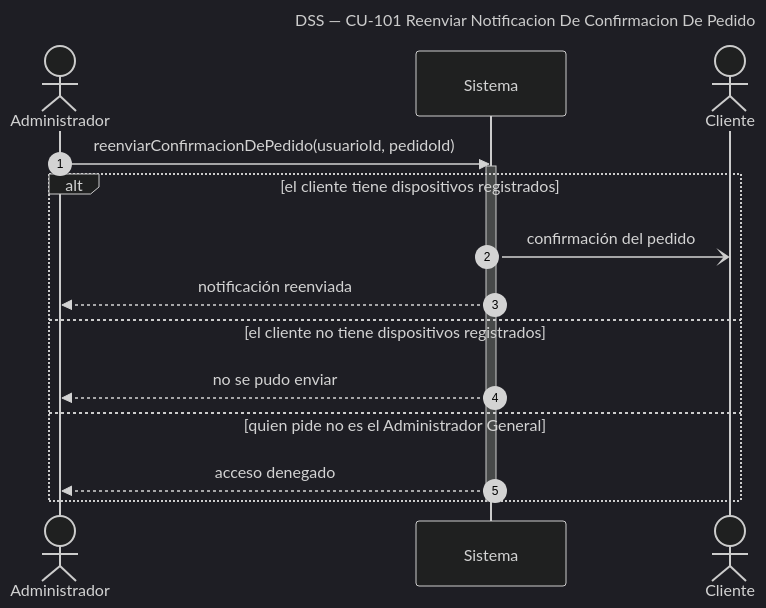
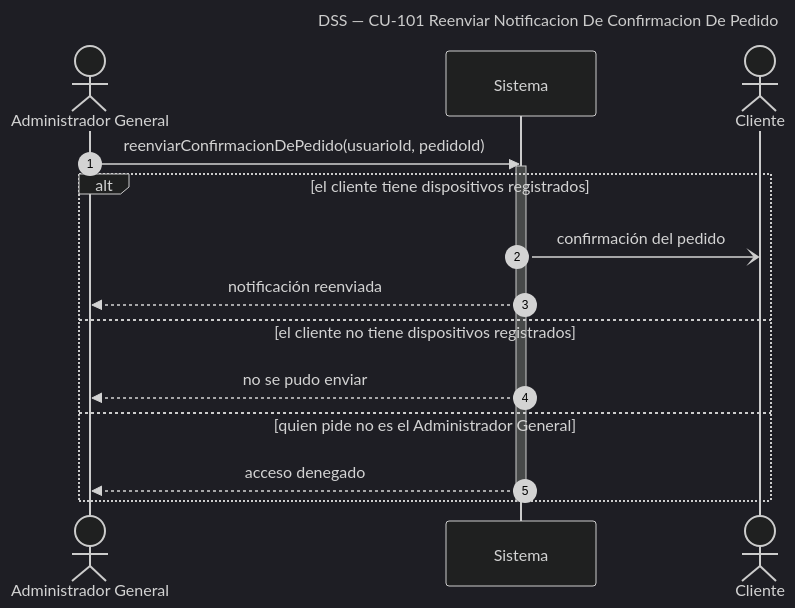
The diagram in diagramas/DSS_CU-101_Reenviar-Notificacion-De-Confirmacion-De-Pedido.mmd (Nahuelito-Dev/splg-docs), drawn with Mermaid (dark theme) before and after one commit. The commit also changed 53 other files, not shown here.

```diff
--- a/diagramas/DSS_CU-101_Reenviar-Notificacion-De-Confirmacion-De-Pedido.mmd
+++ b/diagramas/DSS_CU-101_Reenviar-Notificacion-De-Confirmacion-De-Pedido.mmd
@@ -1,18 +1,18 @@
 sequenceDiagram
     title DSS — CU-101 Reenviar Notificacion De Confirmacion De Pedido
     autonumber
-    actor ADM as Administrador
+    actor ADM as Administrador General
     participant SIS as Sistema
     actor CLI as Cliente
 
     ADM->>SIS: reenviarConfirmacionDePedido(usuarioId, pedidoId)
     activate SIS
     alt el cliente tiene dispositivos registrados
         SIS-)CLI: confirmación del pedido
         SIS-->>ADM: notificación reenviada
     else el cliente no tiene dispositivos registrados
         SIS-->>ADM: no se pudo enviar
     else quien pide no es el Administrador General
         SIS-->>ADM: acceso denegado
     end
     deactivate SIS
```
